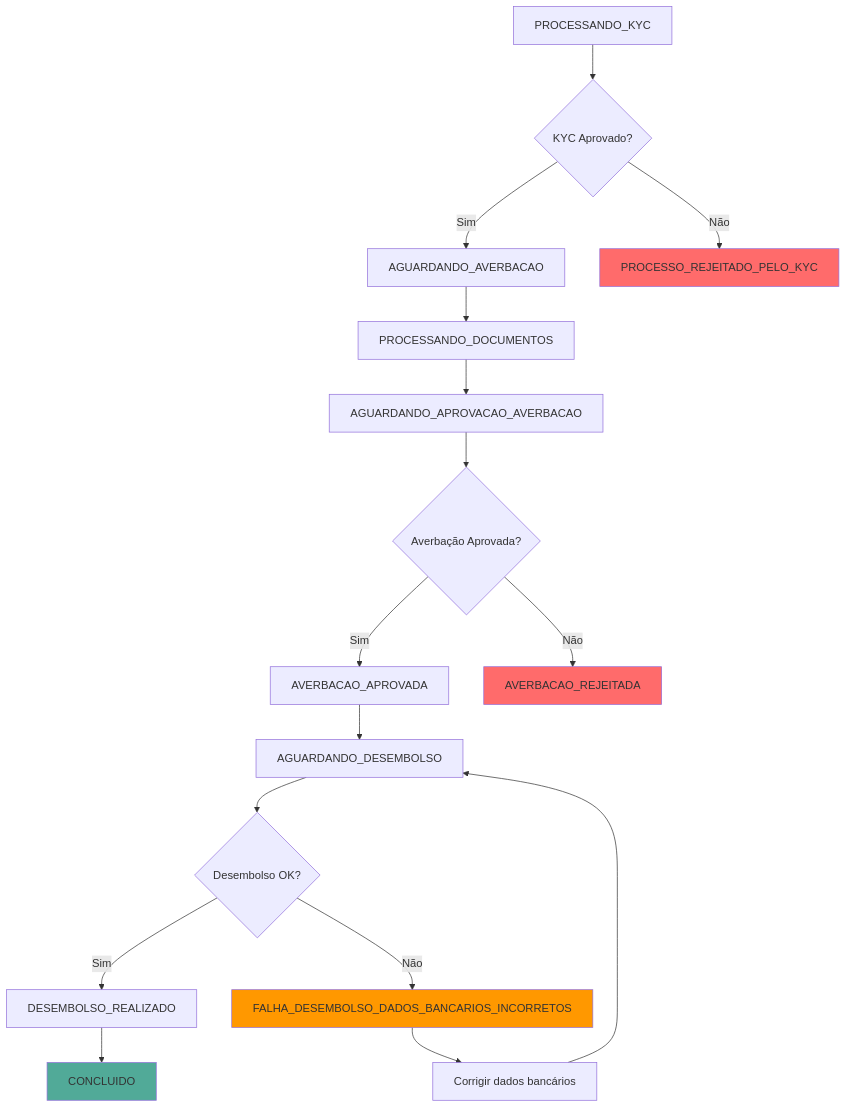
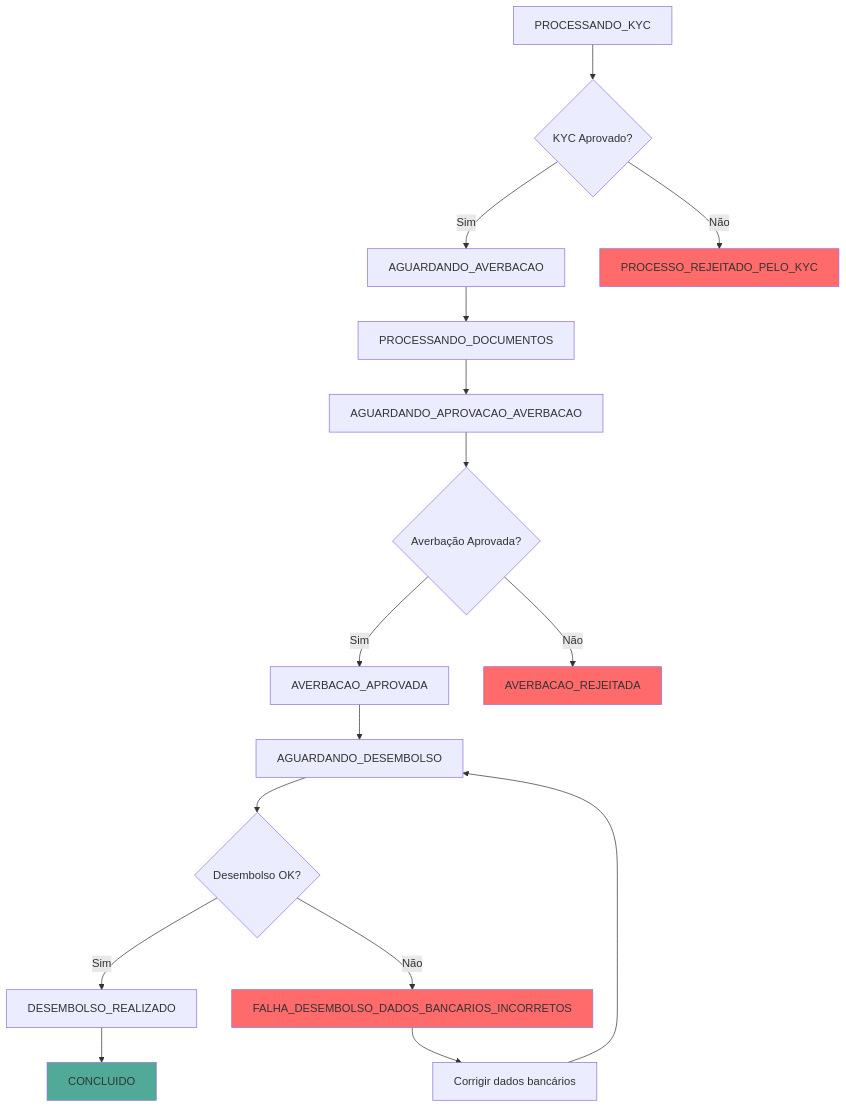
Before and after one commit to amandamussio/docs: the diagram in e-consignado/casos-de-uso/contratação-ativa/webhooks-e-eventos/03-evento-de-resultado-de-proposta.mdx, drawn with Mermaid.

Commit message:
add weebhook 3

````diff
--- a/e-consignado/casos-de-uso/contratação-ativa/webhooks-e-eventos/03-evento-de-resultado-de-proposta.mdx
+++ b/e-consignado/casos-de-uso/contratação-ativa/webhooks-e-eventos/03-evento-de-resultado-de-proposta.mdx
@@ -129,23 +129,23 @@
 ```mermaid
 graph TD
     A[PROCESSANDO_KYC] --> B{KYC Aprovado?}
     B -->|Sim| C[AGUARDANDO_AVERBACAO]
     B -->|Não| D[PROCESSO_REJEITADO_PELO_KYC]
     C --> E[PROCESSANDO_DOCUMENTOS]
     E --> F[AGUARDANDO_APROVACAO_AVERBACAO]
     F --> G{Averbação Aprovada?}
     G -->|Sim| H[AVERBACAO_APROVADA]
     G -->|Não| I[AVERBACAO_REJEITADA]
     H --> J[AGUARDANDO_DESEMBOLSO]
     J --> K{Desembolso OK?}
     K -->|Sim| L[DESEMBOLSO_REALIZADO]
     K -->|Não| M[FALHA_DESEMBOLSO_DADOS_BANCARIOS_INCORRETOS]
     M --> N[Corrigir dados bancários]
     N --> J
     L --> O[CONCLUIDO]
     
     style D fill:#ff6b6b
     style I fill:#ff6b6b
-    style M fill:#ff9800
+    style M fill:#ff6b6b
     style O fill:#51aa98
 ```
````
